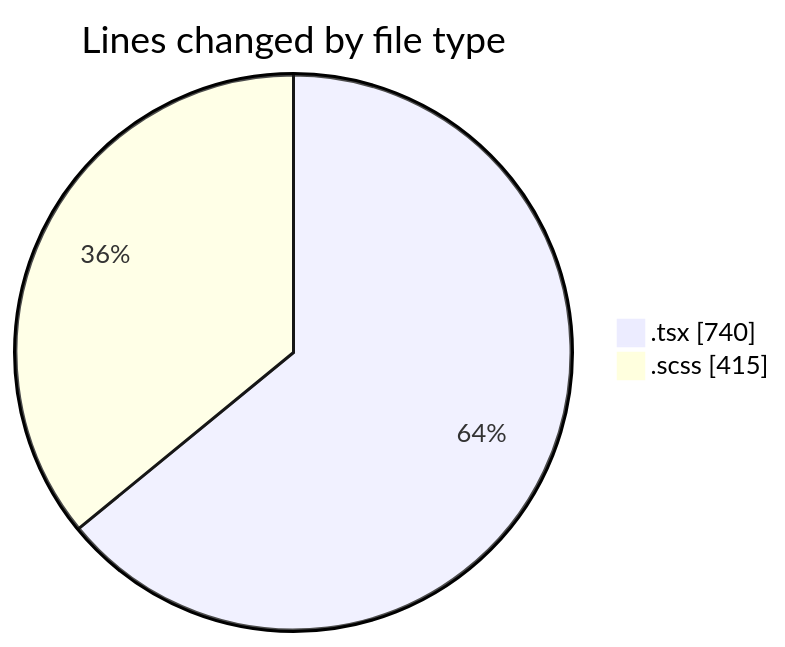
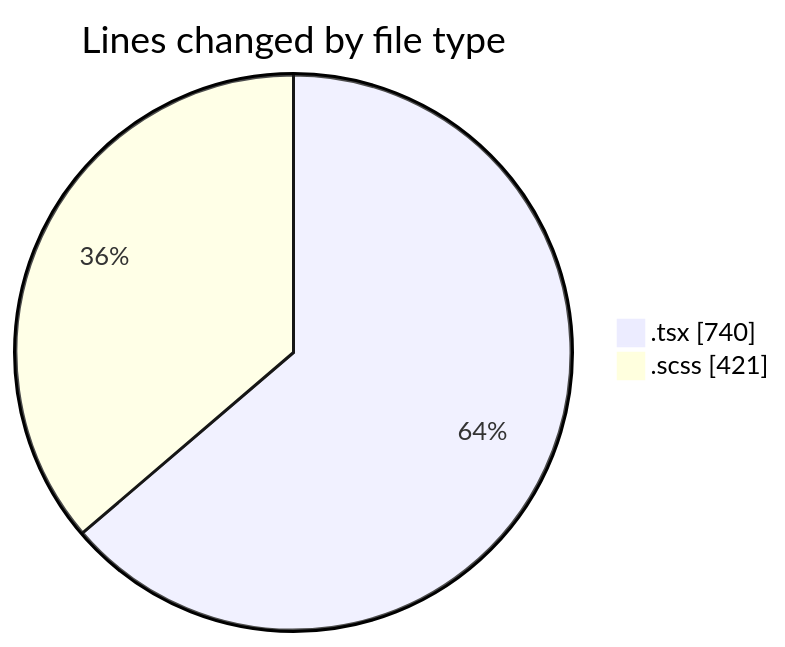
Before and after one commit to momahboobian/code-tracking: the first of 2 diagrams in 2025-10-01/cda/README.md, drawn with Mermaid. The commit also changed other lines of this file and 1 other file, not shown here.

````diff
--- a/2025-10-01/cda/README.md
+++ b/2025-10-01/cda/README.md
@@ -24,6 +24,6 @@
 ```mermaid
 pie showData
 title Lines changed by file type
 ".tsx" : 740
-".scss" : 415
+".scss" : 421
 ```
````
